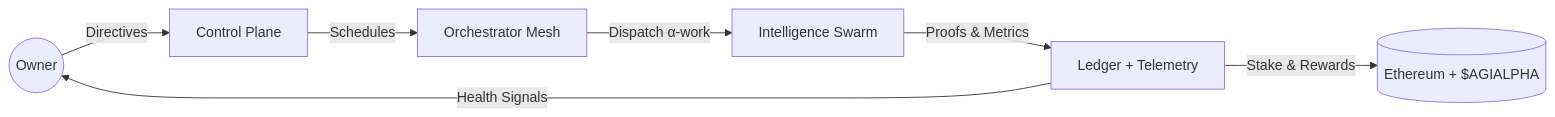
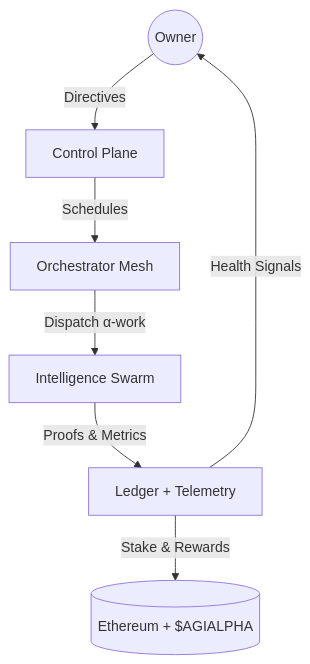
The first of 6 diagrams in README.md (MontrealAI/AGI-Alpha-Node-v0), drawn with Mermaid before and after one commit. The commit also changed other lines of this file and 3 other files, not shown here.

````diff
--- a/README.md
+++ b/README.md
@@ -30,9 +30,9 @@
 ```mermaid
-graph LR
+graph TD
   Owner((Owner)) -->|Directives| ControlPlane[Control Plane]
   ControlPlane -->|Schedules| OrchestratorMesh[Orchestrator Mesh]
   OrchestratorMesh -->|Dispatch α-work| IntelligenceSwarm[Intelligence Swarm]
   IntelligenceSwarm -->|Proofs & Metrics| LedgerTelemetry[Ledger + Telemetry]
   LedgerTelemetry -->|Stake & Rewards| Ethereum[(Ethereum + $AGIALPHA)]
   LedgerTelemetry -->|Health Signals| Owner
 ```
````
